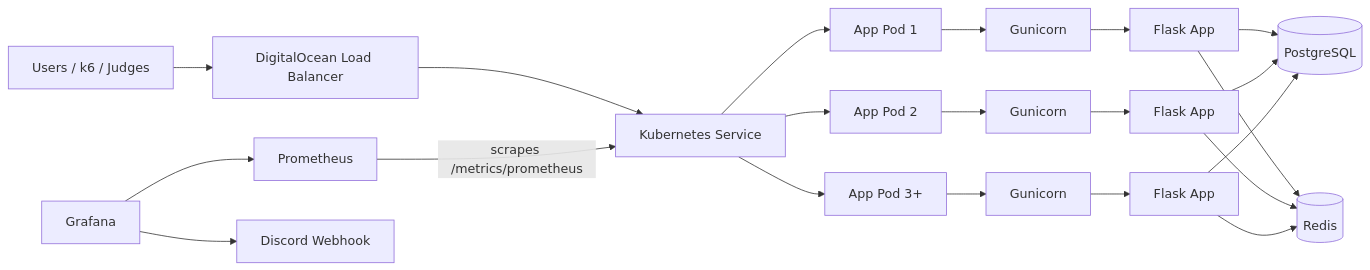
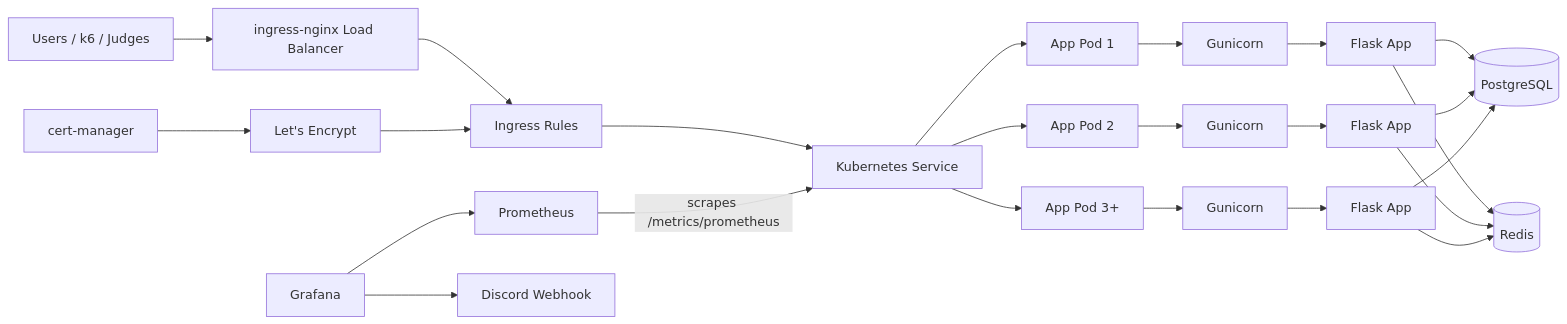
The diagram in docs/ARCHITECTURE.md (amahaj02/url-shortener-mlh-pe), drawn with Mermaid before and after one commit. The commit also changed other lines of this file and 4 other files, not shown here.

````diff
--- a/docs/ARCHITECTURE.md
+++ b/docs/ARCHITECTURE.md
@@ -63,28 +80,31 @@
 ```mermaid
 flowchart LR
-    U[Users / k6 / Judges] --> LB[DigitalOcean Load Balancer]
-    LB --> SVC[Kubernetes Service]
+    U[Users / k6 / Judges] --> NGINX[ingress-nginx Load Balancer]
+    NGINX --> ING[Ingress Rules]
+    ING --> SVC[Kubernetes Service]
     SVC --> POD1[App Pod 1]
     SVC --> POD2[App Pod 2]
     SVC --> POD3[App Pod 3+]
 
     POD1 --> G1[Gunicorn]
     POD2 --> G2[Gunicorn]
     POD3 --> G3[Gunicorn]
 
     G1 --> F1[Flask App]
     G2 --> F2[Flask App]
     G3 --> F3[Flask App]
 
     F1 --> PG[(PostgreSQL)]
     F2 --> PG
     F3 --> PG
 
     F1 --> R[(Redis)]
     F2 --> R
     F3 --> R
 
     P[Prometheus] -->|scrapes /metrics/prometheus| SVC
     G[Grafana] --> P
     G --> D[Discord Webhook]
+    CM[cert-manager] --> LE[Let's Encrypt]
+    LE --> ING
 ```
````
